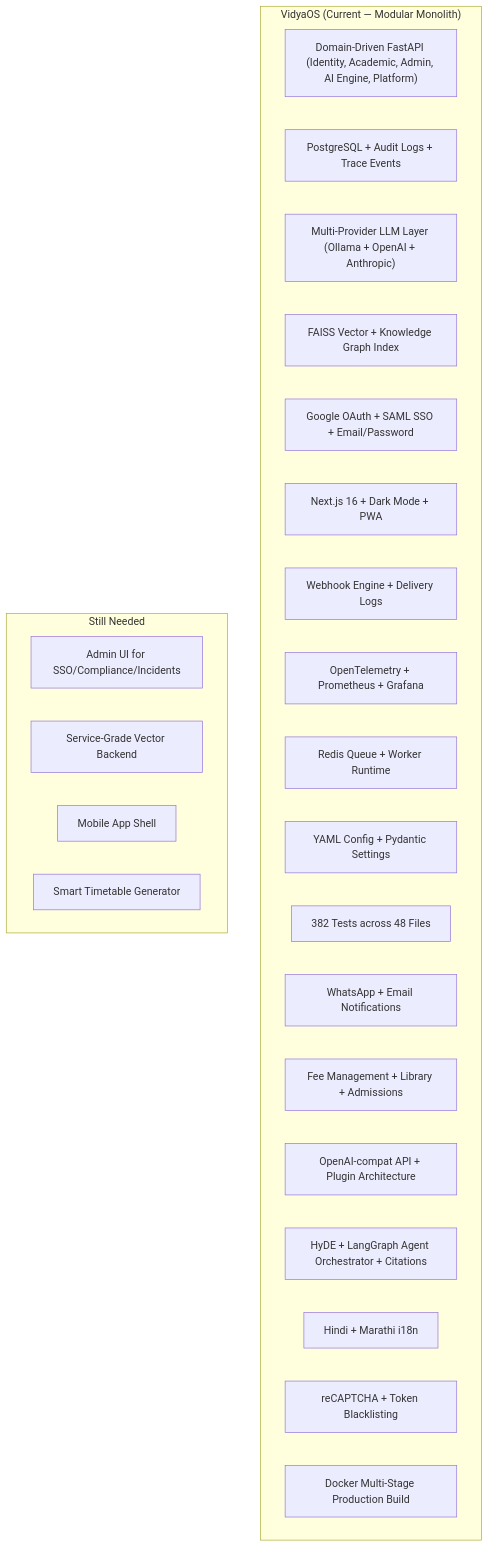
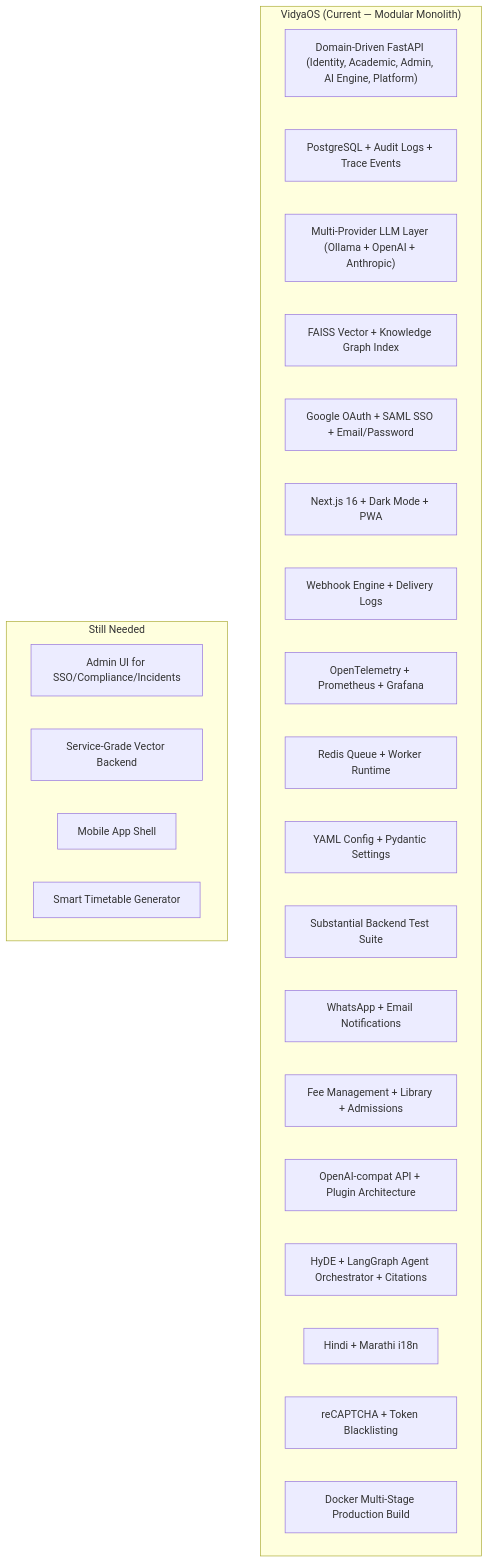
The diagram in all_documents/STAR_FEATURES_ANALYSIS.md (Arjun3125/hail_marry), drawn with Mermaid before and after one commit. The commit also changed other lines of this file and 135 other files, not shown here.

````diff
--- a/all_documents/STAR_FEATURES_ANALYSIS.md
+++ b/all_documents/STAR_FEATURES_ANALYSIS.md
@@ -252,30 +252,30 @@
 ```mermaid
 graph TB
     subgraph Current["VidyaOS (Current — Modular Monolith)"]
         A1["Domain-Driven FastAPI (Identity, Academic, Admin, AI Engine, Platform)"]
         A2["PostgreSQL + Audit Logs + Trace Events"]
         A3["Multi-Provider LLM Layer (Ollama + OpenAI + Anthropic)"]
         A4["FAISS Vector + Knowledge Graph Index"]
         A5["Google OAuth + SAML SSO + Email/Password"]
         A6["Next.js 16 + Dark Mode + PWA"]
         A7["Webhook Engine + Delivery Logs"]
         A8["OpenTelemetry + Prometheus + Grafana"]
         A9["Redis Queue + Worker Runtime"]
         A10["YAML Config + Pydantic Settings"]
-        A11["382 Tests across 48 Files"]
+        A11["Substantial Backend Test Suite"]
         A12["WhatsApp + Email Notifications"]
         A13["Fee Management + Library + Admissions"]
         A14["OpenAI-compat API + Plugin Architecture"]
         A15["HyDE + LangGraph Agent Orchestrator + Citations"]
         A16["Hindi + Marathi i18n"]
         A17["reCAPTCHA + Token Blacklisting"]
         A18["Docker Multi-Stage Production Build"]
     end
 
     subgraph Remaining["Still Needed"]
         B1["Admin UI for SSO/Compliance/Incidents"]
         B2["Service-Grade Vector Backend"]
         B3["Mobile App Shell"]
         B4["Smart Timetable Generator"]
     end
 ```
````
